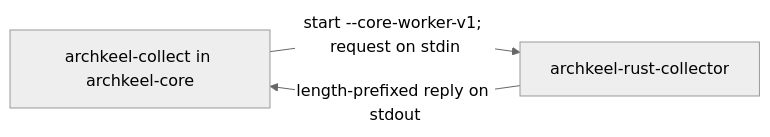
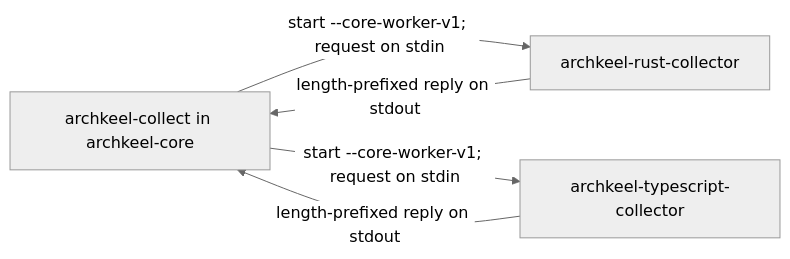
The first of 2 diagrams in docs/architecture/native.md (rapiddweller/archkeel), drawn with Mermaid (neutral theme) before and after one commit. The commit also changed other lines of this file and 1 other file, not shown here.

Commit message:
Compare typed TypeScript facts across the worker boundary
Check the in-process reply against the private worker reply on the TypeScript reference project. Show both process calls in the architecture diagram.

````diff
--- a/docs/architecture/native.md
+++ b/docs/architecture/native.md
@@ -240,5 +240,7 @@
 ```mermaid
 flowchart LR
     core["archkeel-collect in archkeel-core"] -->|"start --core-worker-v1; request on stdin"| worker["archkeel-rust-collector"]
     worker -->|"length-prefixed reply on stdout"| core
+    core -->|"start --core-worker-v1; request on stdin"| ts["archkeel-typescript-collector"]
+    ts -->|"length-prefixed reply on stdout"| core
 ```
````
